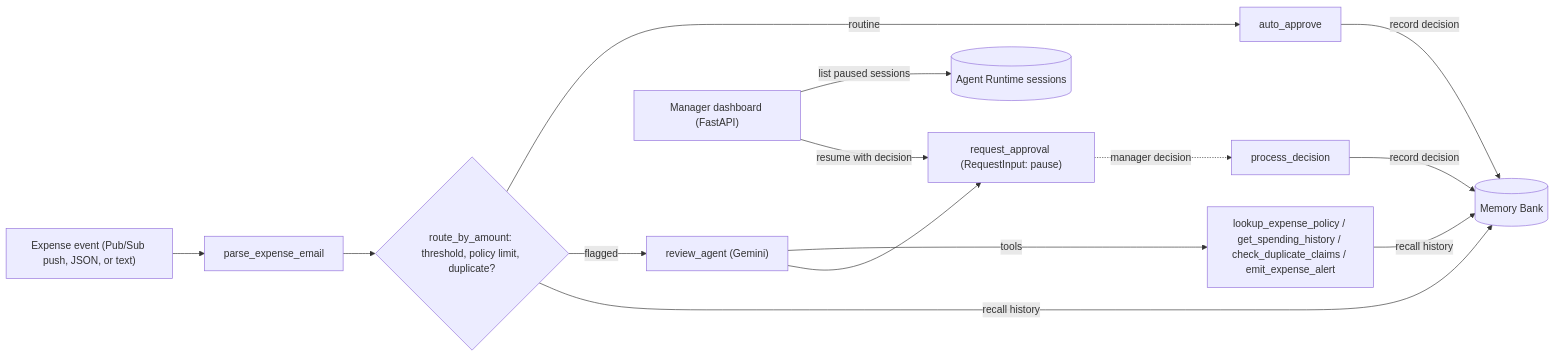
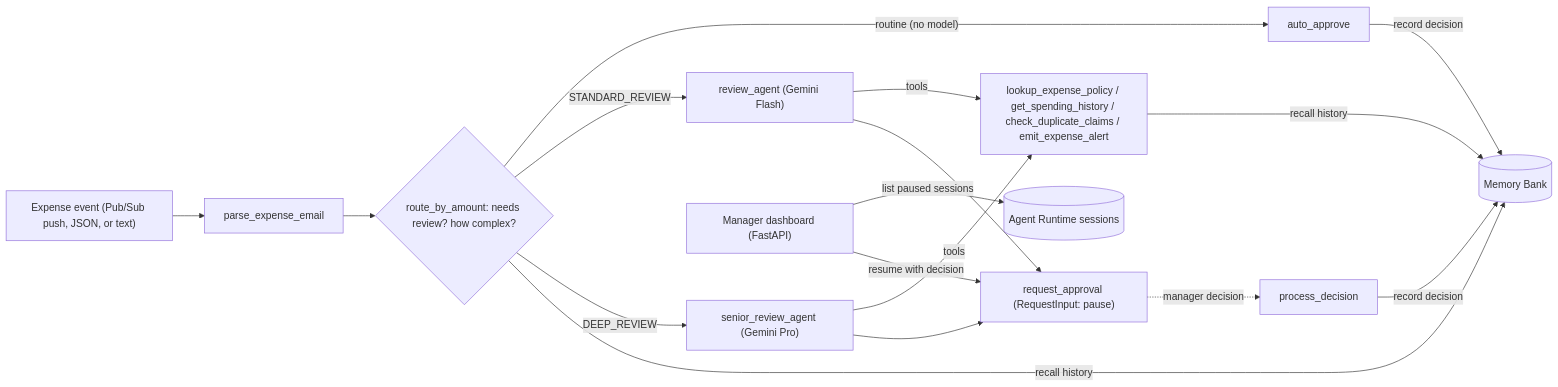
The diagram in README.md (salmankhan-beep/expense-report-agent), drawn with Mermaid before and after one commit. The commit also changed other lines of this file and 7 other files, not shown here.

First line of the commit message:
Route reviews to a model matched to claim complexity

````diff
--- a/README.md
+++ b/README.md
@@ -35,16 +39,19 @@
 ```mermaid
 flowchart LR
     E["Expense event (Pub/Sub push, JSON, or text)"] --> P[parse_expense_email]
-    P --> R{"route_by_amount: threshold, policy limit, duplicate?"}
-    R -- "routine" --> A[auto_approve]
-    R -- "flagged" --> V["review_agent (Gemini)"]
+    P --> R{"route_by_amount: needs review? how complex?"}
+    R -- "routine (no model)" --> A[auto_approve]
+    R -- "STANDARD_REVIEW" --> V["review_agent (Gemini Flash)"]
+    R -- "DEEP_REVIEW" --> SV["senior_review_agent (Gemini Pro)"]
     V -- tools --> T["lookup_expense_policy / get_spending_history / check_duplicate_claims / emit_expense_alert"]
+    SV -- tools --> T
     V --> Q["request_approval (RequestInput: pause)"]
+    SV --> Q
     Q -. "manager decision" .-> D[process_decision]
     A -- "record decision" --> MB[(Memory Bank)]
     D -- "record decision" --> MB
     R -- "recall history" --> MB
     T -- "recall history" --> MB
     M["Manager dashboard (FastAPI)"] -- "list paused sessions" --> S[(Agent Runtime sessions)]
     M -- "resume with decision" --> Q
 ```
````
